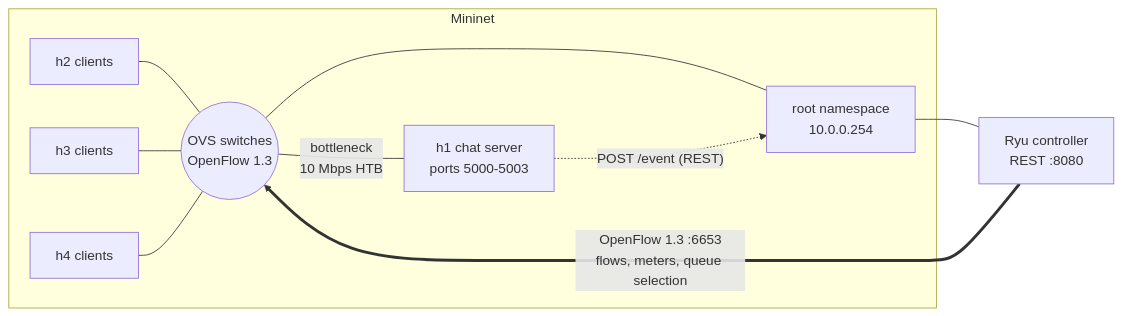
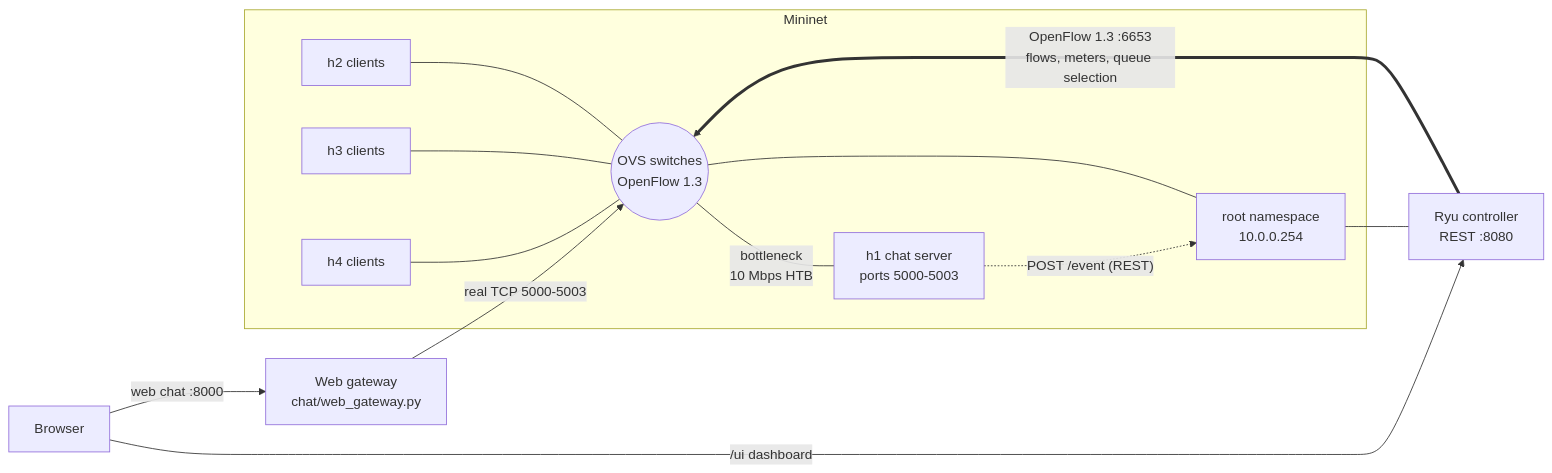
Before and after one commit to Keerthan-S-Kumar/CN-SDN-Multi-Client-Chat-Network-Mini-Project: the first of 3 diagrams in docs/architecture.md, drawn with Mermaid. The commit also changed other lines of this file and 3 other files, not shown here.

````diff
--- a/docs/architecture.md
+++ b/docs/architecture.md
@@ -18,13 +18,16 @@
 ```mermaid
 flowchart LR
   subgraph Mininet
     H2["h2 clients"] --- S
     H3["h3 clients"] --- S
     H4["h4 clients"] --- S
     S(("OVS switches<br/>OpenFlow 1.3")) ---|"bottleneck<br/>10 Mbps HTB"| H1["h1 chat server<br/>ports 5000-5003"]
     S --- R["root namespace<br/>10.0.0.254"]
   end
   H1 -.->|"POST /event (REST)"| R
   R --- C["Ryu controller<br/>REST :8080"]
   C ==>|"OpenFlow 1.3 :6653<br/>flows, meters, queue selection"| S
+  B["Browser"] -->|"/ui dashboard"| C
+  B -->|"web chat :8000"| G["Web gateway<br/>chat/web_gateway.py"]
+  G -->|"real TCP 5000-5003"| S
 ```
````
